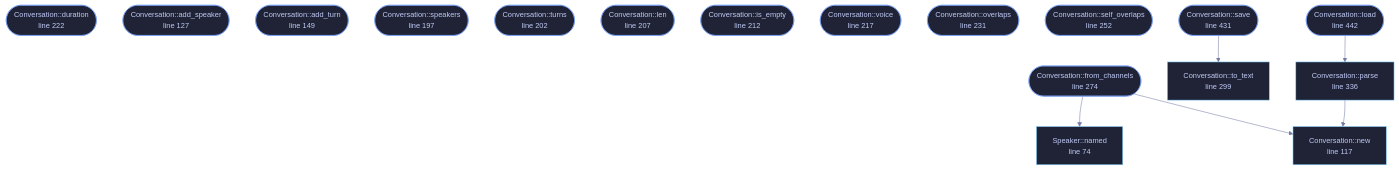
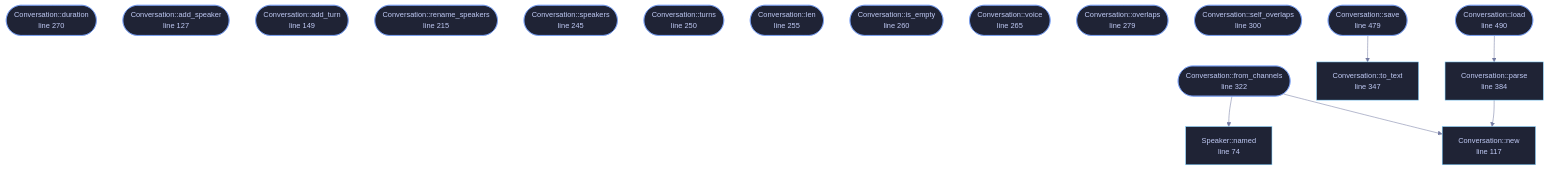
The diagram in docs/files/veilvoice-conversation/plan.md (tilas01/veilvoice), drawn with Mermaid before and after one commit. The commit also changed other lines of this file and 44 other files, not shown here.

````diff
--- a/docs/files/veilvoice-conversation/plan.md
+++ b/docs/files/veilvoice-conversation/plan.md
@@ -118,49 +119,51 @@
 ```mermaid
 %%{init: {"theme":"base","themeVariables":{"background":"#1a1b26","primaryColor":"#1f2335","primaryTextColor":"#c0caf5","primaryBorderColor":"#7aa2f7","secondaryColor":"#16161e","tertiaryColor":"#16161e","lineColor":"#737aa2","textColor":"#c0caf5","mainBkg":"#1f2335","nodeBorder":"#7aa2f7","clusterBkg":"#16161e","clusterBorder":"#2f3549","fontFamily":"ui-monospace, SFMono-Regular, Consolas, monospace","fontSize":"14px"}}}%%
 flowchart TD
     n_named["Speaker::named<br/>line 74"]
     n_duration(["Turn::duration<br/>line 101"])
     n_new["Conversation::new<br/>line 117"]
     n_add_speaker(["Conversation::add_speaker<br/>line 127"])
     n_add_turn(["Conversation::add_turn<br/>line 149"])
-    n_speakers(["Conversation::speakers<br/>line 197"])
-    n_turns(["Conversation::turns<br/>line 202"])
-    n_len(["Conversation::len<br/>line 207"])
-    n_is_empty(["Conversation::is_empty<br/>line 212"])
-    n_voice(["Conversation::voice<br/>line 217"])
-    n_duration(["Conversation::duration<br/>line 222"])
-    n_overlaps(["Conversation::overlaps<br/>line 231"])
-    n_self_overlaps(["Conversation::self_overlaps<br/>line 252"])
-    n_from_channels(["Conversation::from_channels<br/>line 274"])
-    n_to_text["Conversation::to_text<br/>line 299"]
-    n_parse["Conversation::parse<br/>line 336"]
-    n_save(["Conversation::save<br/>line 431"])
-    n_load(["Conversation::load<br/>line 442"])
+    n_rename_speakers(["Conversation::rename_speakers<br/>line 215"])
+    n_speakers(["Conversation::speakers<br/>line 245"])
+    n_turns(["Conversation::turns<br/>line 250"])
+    n_len(["Conversation::len<br/>line 255"])
+    n_is_empty(["Conversation::is_empty<br/>line 260"])
+    n_voice(["Conversation::voice<br/>line 265"])
+    n_duration(["Conversation::duration<br/>line 270"])
+    n_overlaps(["Conversation::overlaps<br/>line 279"])
+    n_self_overlaps(["Conversation::self_overlaps<br/>line 300"])
+    n_from_channels(["Conversation::from_channels<br/>line 322"])
+    n_to_text["Conversation::to_text<br/>line 347"]
+    n_parse["Conversation::parse<br/>line 384"]
+    n_save(["Conversation::save<br/>line 479"])
+    n_load(["Conversation::load<br/>line 490"])
     n_from_channels --> n_named
     n_from_channels --> n_new
     n_load --> n_parse
     n_parse --> n_new
     n_save --> n_to_text
     click n_named href "https://github.com/tilas01/veilvoice/blob/main/crates/veilvoice-conversation/src/plan.rs#L74" "open the source"
     click n_duration href "https://github.com/tilas01/veilvoice/blob/main/crates/veilvoice-conversation/src/plan.rs#L101" "open the source"
     click n_new href "https://github.com/tilas01/veilvoice/blob/main/crates/veilvoice-conversation/src/plan.rs#L117" "open the source"
     click n_add_speaker href "https://github.com/tilas01/veilvoice/blob/main/crates/veilvoice-conversation/src/plan.rs#L127" "open the source"
     click n_add_turn href "https://github.com/tilas01/veilvoice/blob/main/crates/veilvoice-conversation/src/plan.rs#L149" "open the source"
-    click n_speakers href "https://github.com/tilas01/veilvoice/blob/main/crates/veilvoice-conversation/src/plan.rs#L197" "open the source"
-    click n_turns href "https://github.com/tilas01/veilvoice/blob/main/crates/veilvoice-conversation/src/plan.rs#L202" "open the source"
-    click n_len href "https://github.com/tilas01/veilvoice/blob/main/crates/veilvoice-conversation/src/plan.rs#L207" "open the source"
-    click n_is_empty href "https://github.com/tilas01/veilvoice/blob/main/crates/veilvoice-conversation/src/plan.rs#L212" "open the source"
-    click n_voice href "https://github.com/tilas01/veilvoice/blob/main/crates/veilvoice-conversation/src/plan.rs#L217" "open the source"
-    click n_duration href "https://github.com/tilas01/veilvoice/blob/main/crates/veilvoice-conversation/src/plan.rs#L222" "open the source"
-    click n_overlaps href "https://github.com/tilas01/veilvoice/blob/main/crates/veilvoice-conversation/src/plan.rs#L231" "open the source"
-    click n_self_overlaps href "https://github.com/tilas01/veilvoice/blob/main/crates/veilvoice-conversation/src/plan.rs#L252" "open the source"
-    click n_from_channels href "https://github.com/tilas01/veilvoice/blob/main/crates/veilvoice-conversation/src/plan.rs#L274" "open the source"
-    click n_to_text href "https://github.com/tilas01/veilvoice/blob/main/crates/veilvoice-conversation/src/plan.rs#L299" "open the source"
-    click n_parse href "https://github.com/tilas01/veilvoice/blob/main/crates/veilvoice-conversation/src/plan.rs#L336" "open the source"
-    click n_save href "https://github.com/tilas01/veilvoice/blob/main/crates/veilvoice-conversation/src/plan.rs#L431" "open the source"
-    click n_load href "https://github.com/tilas01/veilvoice/blob/main/crates/veilvoice-conversation/src/plan.rs#L442" "open the source"
+    click n_rename_speakers href "https://github.com/tilas01/veilvoice/blob/main/crates/veilvoice-conversation/src/plan.rs#L215" "open the source"
+    click n_speakers href "https://github.com/tilas01/veilvoice/blob/main/crates/veilvoice-conversation/src/plan.rs#L245" "open the source"
+    click n_turns href "https://github.com/tilas01/veilvoice/blob/main/crates/veilvoice-conversation/src/plan.rs#L250" "open the source"
+    click n_len href "https://github.com/tilas01/veilvoice/blob/main/crates/veilvoice-conversation/src/plan.rs#L255" "open the source"
+    click n_is_empty href "https://github.com/tilas01/veilvoice/blob/main/crates/veilvoice-conversation/src/plan.rs#L260" "open the source"
+    click n_voice href "https://github.com/tilas01/veilvoice/blob/main/crates/veilvoice-conversation/src/plan.rs#L265" "open the source"
+    click n_duration href "https://github.com/tilas01/veilvoice/blob/main/crates/veilvoice-conversation/src/plan.rs#L270" "open the source"
+    click n_overlaps href "https://github.com/tilas01/veilvoice/blob/main/crates/veilvoice-conversation/src/plan.rs#L279" "open the source"
+    click n_self_overlaps href "https://github.com/tilas01/veilvoice/blob/main/crates/veilvoice-conversation/src/plan.rs#L300" "open the source"
+    click n_from_channels href "https://github.com/tilas01/veilvoice/blob/main/crates/veilvoice-conversation/src/plan.rs#L322" "open the source"
+    click n_to_text href "https://github.com/tilas01/veilvoice/blob/main/crates/veilvoice-conversation/src/plan.rs#L347" "open the source"
+    click n_parse href "https://github.com/tilas01/veilvoice/blob/main/crates/veilvoice-conversation/src/plan.rs#L384" "open the source"
+    click n_save href "https://github.com/tilas01/veilvoice/blob/main/crates/veilvoice-conversation/src/plan.rs#L479" "open the source"
+    click n_load href "https://github.com/tilas01/veilvoice/blob/main/crates/veilvoice-conversation/src/plan.rs#L490" "open the source"
     classDef entry fill:#1f2335,stroke:#7aa2f7,color:#c0caf5
-    class n_duration,n_add_speaker,n_add_turn,n_speakers,n_turns,n_len,n_is_empty,n_voice,n_duration,n_overlaps,n_self_overlaps,n_from_channels,n_save,n_load entry
+    class n_duration,n_add_speaker,n_add_turn,n_rename_speakers,n_speakers,n_turns,n_len,n_is_empty,n_voice,n_duration,n_overlaps,n_self_overlaps,n_from_channels,n_save,n_load entry
     classDef api fill:#1f2335,stroke:#7dcfff,color:#c0caf5
     class n_named,n_new,n_to_text,n_parse api
 ```
````
